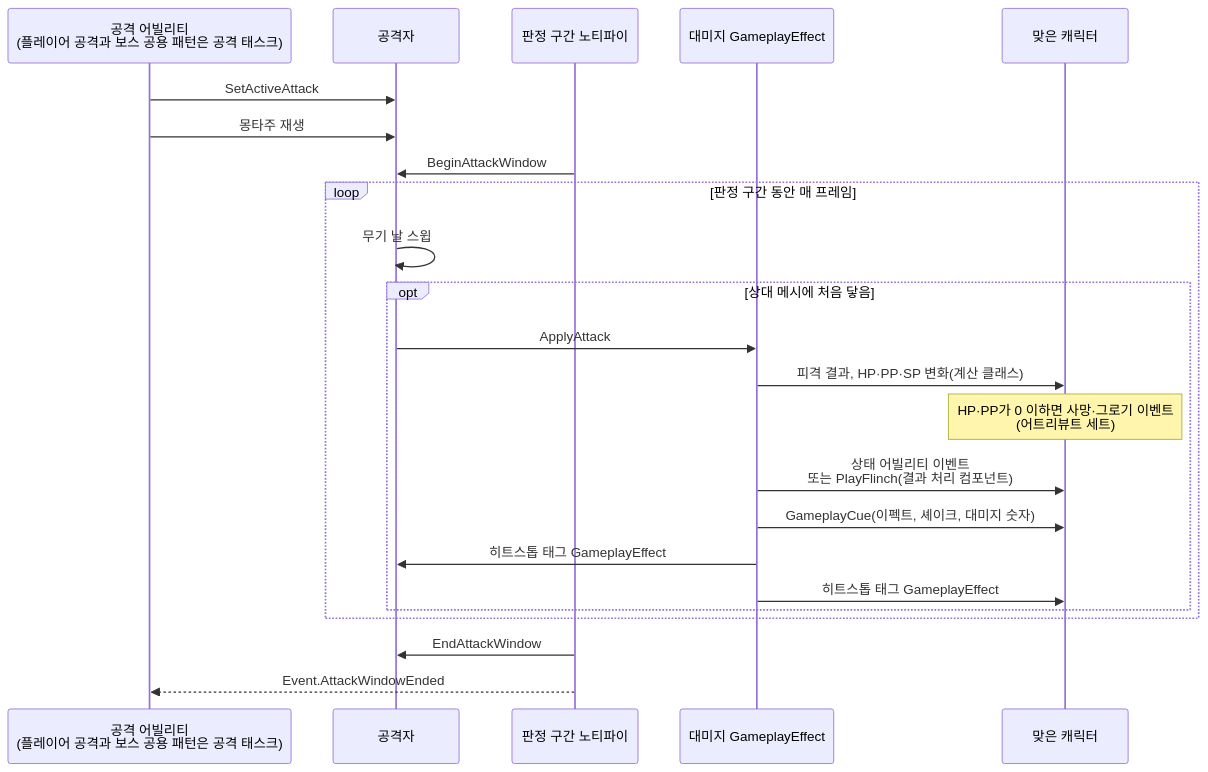
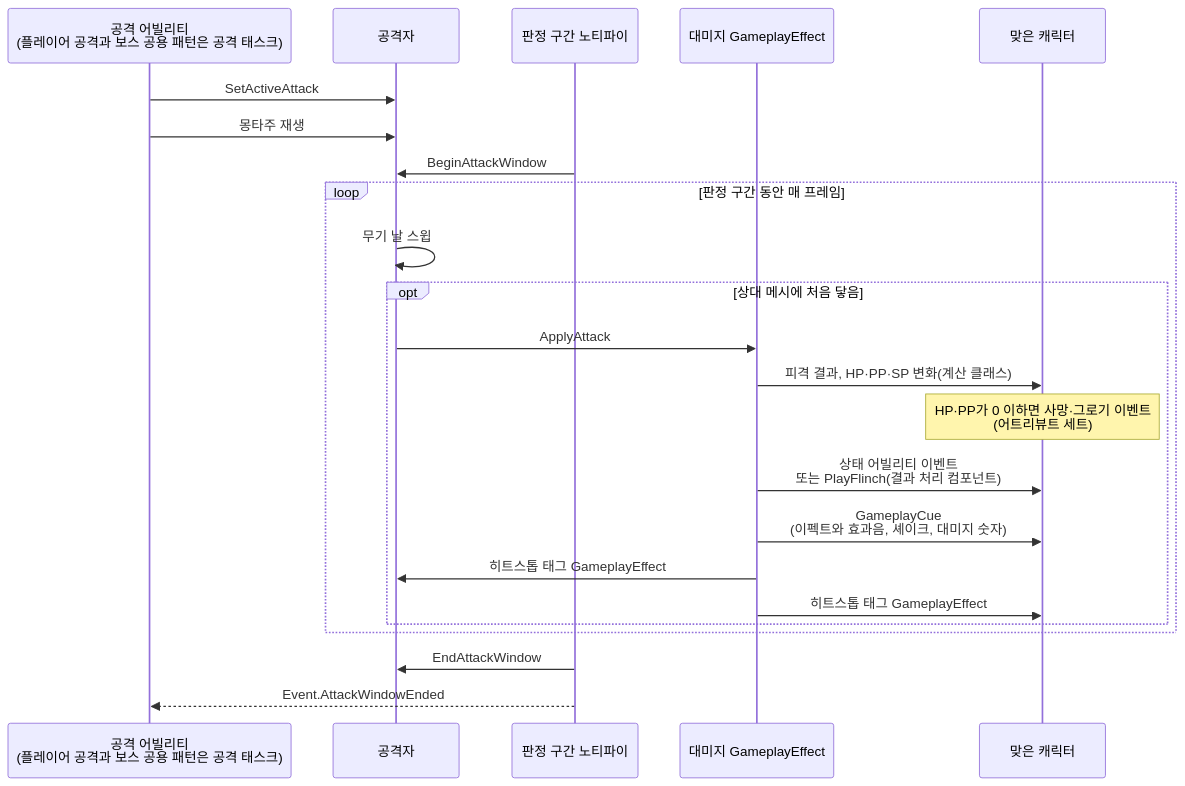
Before and after one commit to Woogl/Ag: diagram 19 of 21 in Docs/Program/클래스 구조도.md, drawn with Mermaid. The commit also changed other lines of this file and 34 other files, not shown here.

````diff
--- a/Docs/Program/클래스 구조도.md
+++ b/Docs/Program/클래스 구조도.md
@@ -722,25 +722,25 @@
 ```mermaid
 sequenceDiagram
     participant GA as 공격 어빌리티<br>(플레이어 공격과 보스 공용 패턴은 공격 태스크)
     participant A as 공격자
     participant N as 판정 구간 노티파이
     participant G as 대미지 GameplayEffect
     participant T as 맞은 캐릭터
     GA->>A: SetActiveAttack
     GA->>A: 몽타주 재생
     N->>A: BeginAttackWindow
     loop 판정 구간 동안 매 프레임
         A->>A: 무기 날 스윕
         opt 상대 메시에 처음 닿음
             A->>G: ApplyAttack
             G->>T: 피격 결과, HP·PP·SP 변화(계산 클래스)
             Note over T: HP·PP가 0 이하면 사망·그로기 이벤트<br>(어트리뷰트 세트)
             G->>T: 상태 어빌리티 이벤트<br>또는 PlayFlinch(결과 처리 컴포넌트)
-            G->>T: GameplayCue(이펙트, 셰이크, 대미지 숫자)
+            G->>T: GameplayCue<br>(이펙트와 효과음, 셰이크, 대미지 숫자)
             G->>A: 히트스톱 태그 GameplayEffect
             G->>T: 히트스톱 태그 GameplayEffect
         end
     end
     N->>A: EndAttackWindow
     N-->>GA: Event.AttackWindowEnded
 ```
````
